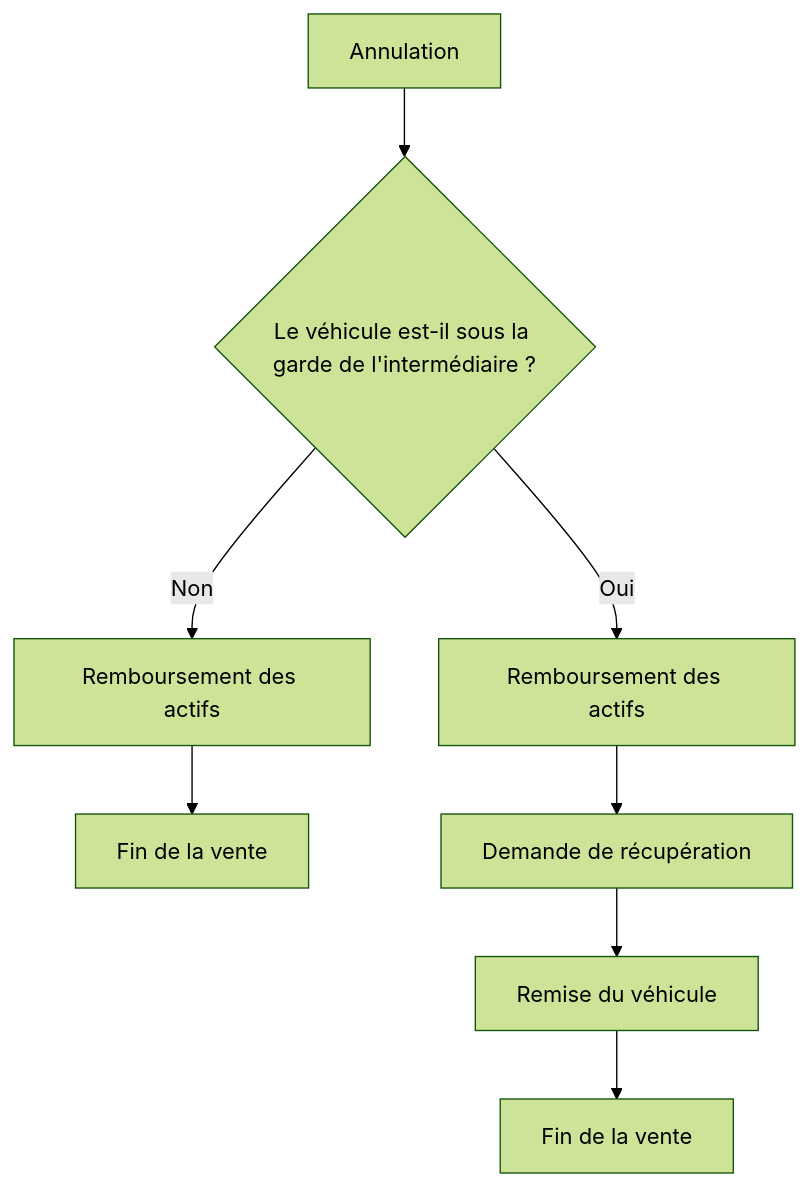
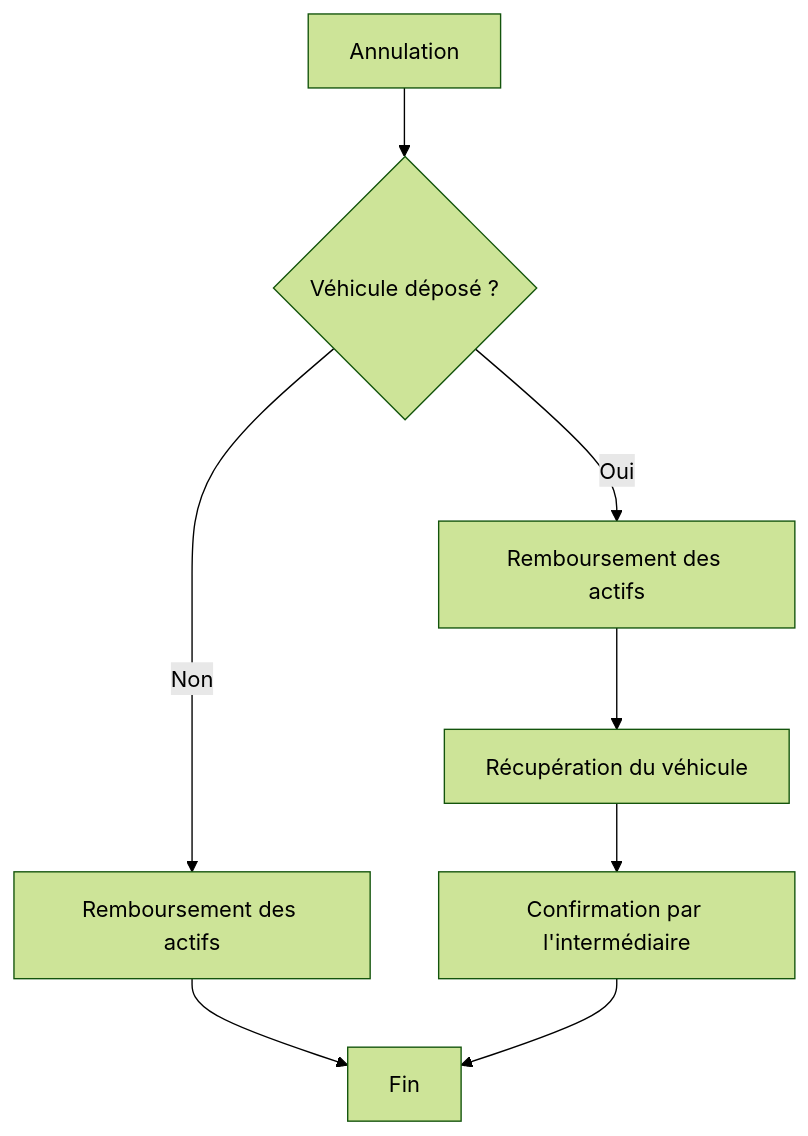
The third of 4 diagrams in README.md (Alexsilva43/Projet_final), drawn with Mermaid (forest theme) before and after one commit. The commit also changed other lines of this file and 1 other file, not shown here.

````diff
--- a/README.md
+++ b/README.md
@@ -756,15 +489,15 @@
 ```mermaid
 flowchart TD
 
 A[Annulation]
 
-A --> B{Le véhicule est-il sous la garde de l'intermédiaire ?}
+A --> B{Véhicule déposé ?}
 
 B -->|Non| C[Remboursement des actifs]
-C --> D[Fin de la vente]
+C --> D[Fin]
 
 B -->|Oui| E[Remboursement des actifs]
-E --> F[Demande de récupération]
-F --> G[Remise du véhicule]
-G --> H[Fin de la vente]
+E --> F[Récupération du véhicule]
+F --> G[Confirmation par l'intermédiaire]
+G --> D
 ```
````
